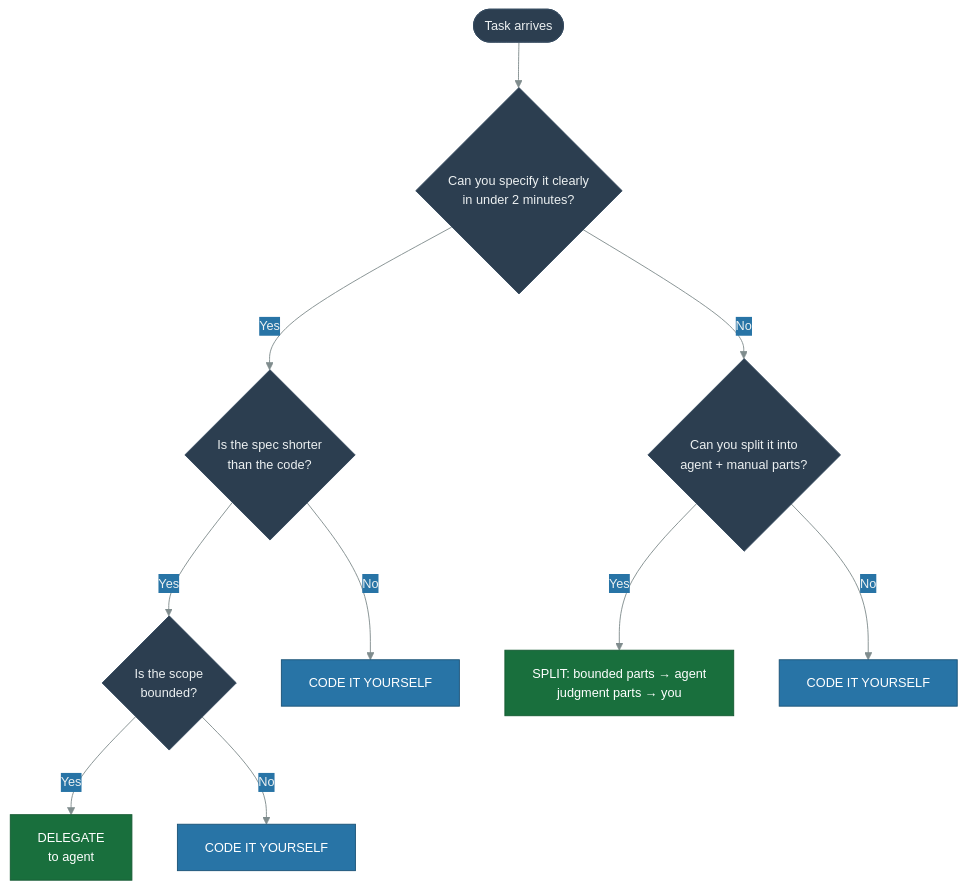
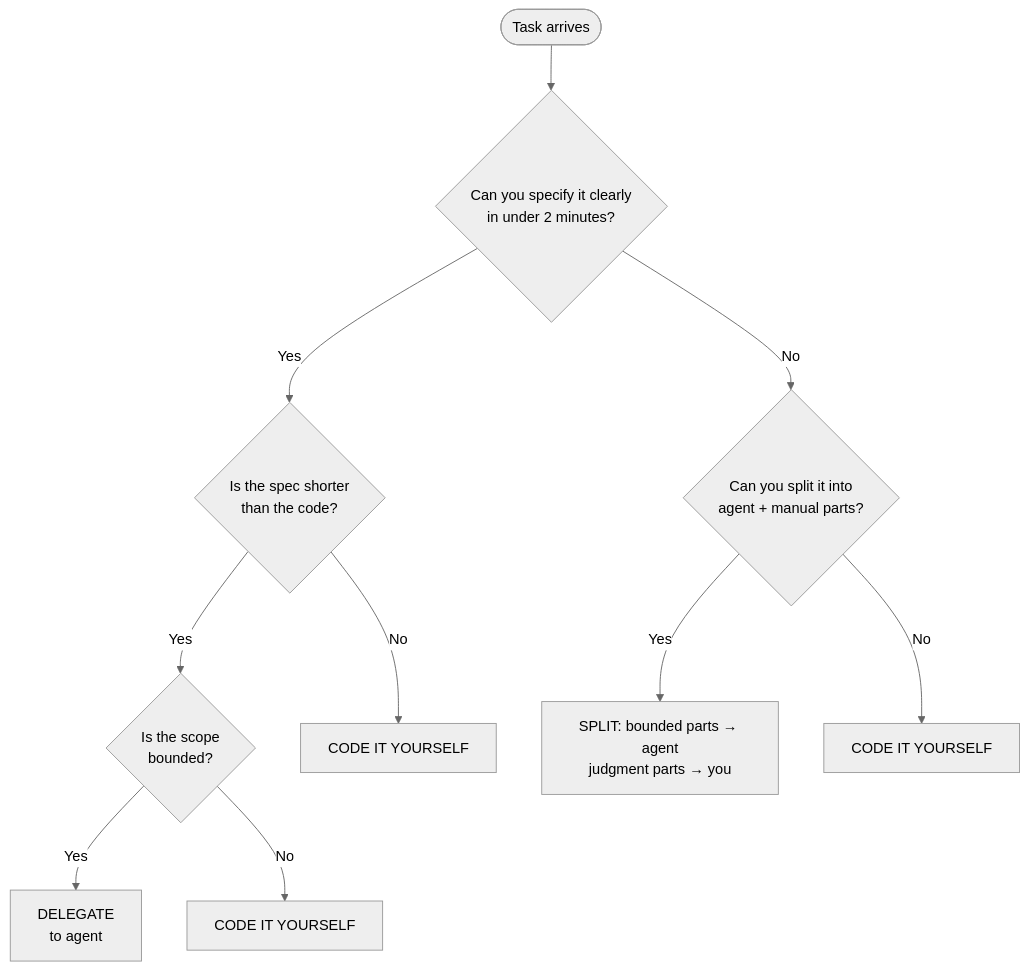
Before and after one commit to danielmeppiel/agentic-sdlc-handbook: the diagram in handbook/ch08-the-practitioners-mindset.qmd, drawn with Mermaid. The commit also changed 15 other files, not shown here.

First line of the commit message:
fix: strip custom colors, use Mermaid neutral theme for clean diagrams

````diff
--- a/handbook/ch08-the-practitioners-mindset.qmd
+++ b/handbook/ch08-the-practitioners-mindset.qmd
@@ -83,27 +83,22 @@
 ```{mermaid}
 %%| fig-width: 4.5
 %%| label: fig-agent-decision
 %%| fig-cap: "Decision framework: when to use agents and when to code manually"
 %%| fig-alt: "Top-down decision tree flowchart. A task arrives at the first question: 'Can you specify it clearly in under 2 minutes?' Yes leads to 'Is the spec shorter than the code?' which if Yes leads to 'Is the scope bounded?' — Yes results in 'DELEGATE to agent' (green, success). If the spec is not shorter, outcome is 'CODE IT YOURSELF' (neutral). If scope is not bounded, outcome is 'CODE IT YOURSELF' (neutral). If you cannot specify clearly, the question 'Can you split it into agent plus manual parts?' appears — Yes leads to 'SPLIT: bounded parts to agent, judgment parts to you' (green, success); No leads to 'CODE IT YOURSELF' (neutral). Three manual outcomes and two agent outcomes total."
-%%{init: {'theme': 'base', 'themeVariables': {'primaryColor': '#2c3e50', 'primaryTextColor': '#ecf0f1', 'primaryBorderColor': '#34495e', 'lineColor': '#7f8c8d', 'secondaryColor': '#2874a6', 'tertiaryColor': '#ecf0f1', 'fontSize': '14px'}}}%%
+%%{init: {'theme': 'neutral'}}%%
 flowchart TD
     START([Task arrives]) --> Q1{Can you specify it clearly\nin under 2 minutes?}
 
     Q1 -- Yes --> Q2{Is the spec shorter\nthan the code?}
     Q1 -- No --> Q3{Can you split it into\nagent + manual parts?}
 
     Q2 -- Yes --> Q4{Is the scope\nbounded?}
     Q2 -- No --> MANUAL1[CODE IT YOURSELF]
 
     Q4 -- Yes --> DELEGATE[DELEGATE\nto agent]
     Q4 -- No --> MANUAL2[CODE IT YOURSELF]
 
     Q3 -- Yes --> SPLIT[SPLIT: bounded parts → agent\njudgment parts → you]
     Q3 -- No --> MANUAL3[CODE IT YOURSELF]
 
-    style DELEGATE fill:#196f3d,stroke:#145a32,color:#fff
-    style SPLIT fill:#196f3d,stroke:#145a32,color:#fff
-    style MANUAL1 fill:#2874a6,stroke:#1a5276,color:#fff
-    style MANUAL2 fill:#2874a6,stroke:#1a5276,color:#fff
-    style MANUAL3 fill:#2874a6,stroke:#1a5276,color:#fff
 ```
````
